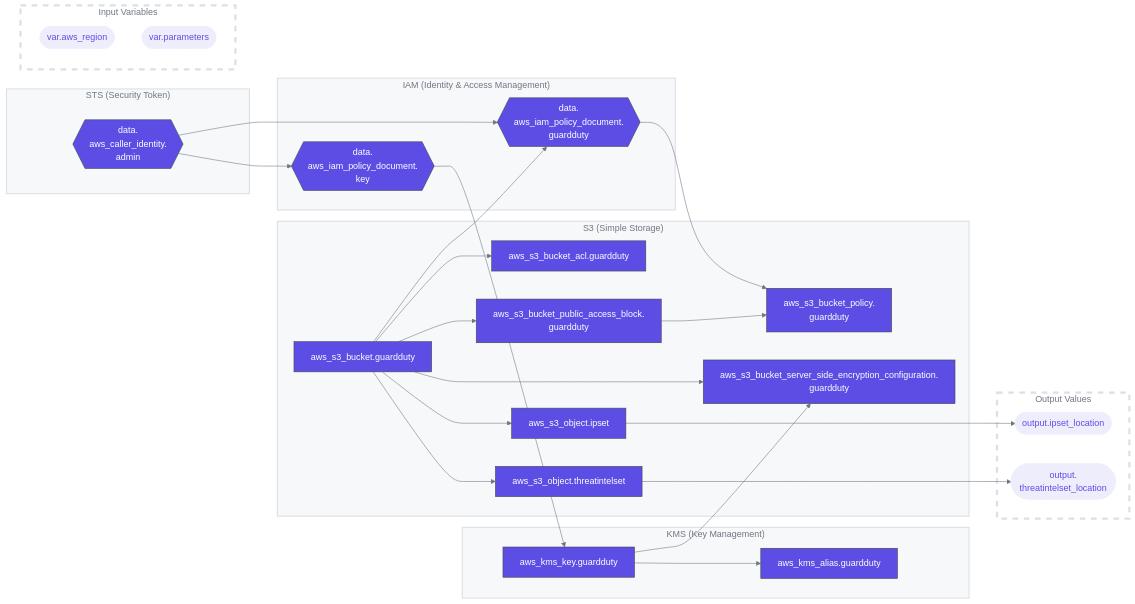
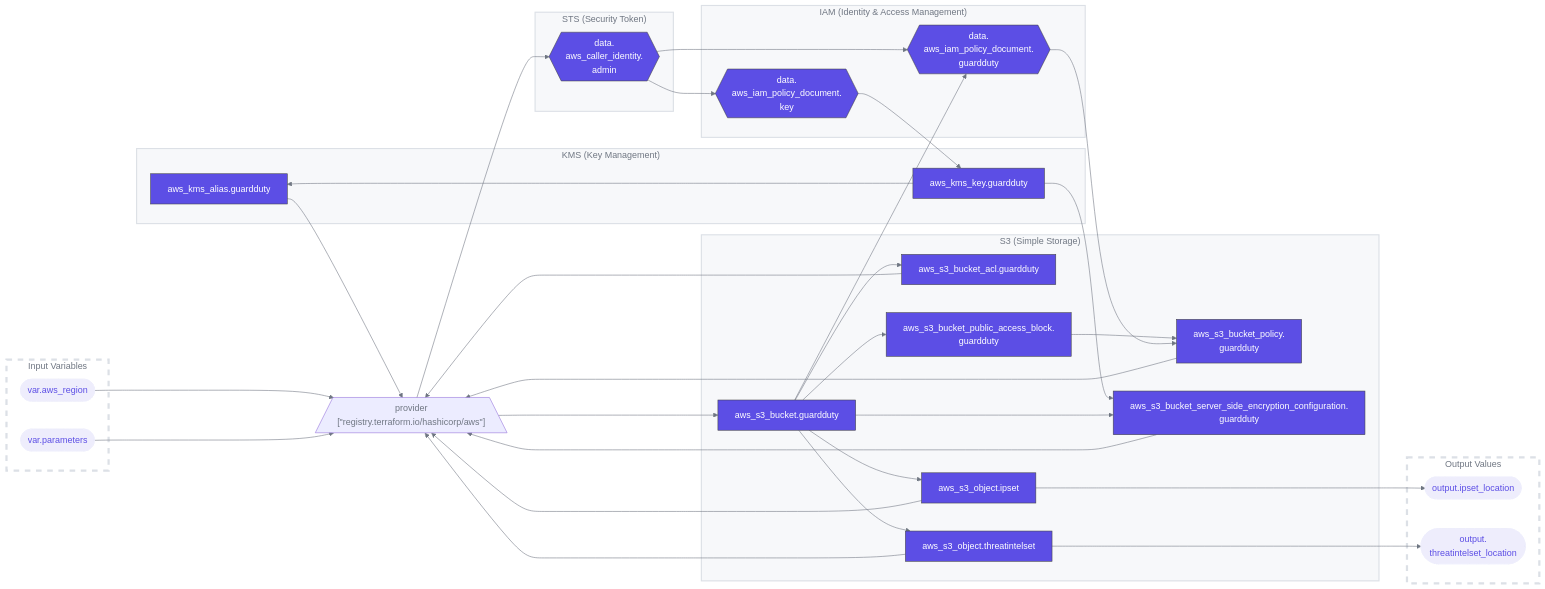
The third of 3 diagrams in README.md (test-org23456/terraform-aws-guardduty-organization1), drawn with Mermaid before and after one commit. The commit also changed other lines of this file, not shown here.

````diff
--- a/README.md
+++ b/README.md
@@ -202,60 +243,71 @@
 ```mermaid
 %%tfmermaid:s3
 %%{init:{"theme":"default","themeVariables":{"lineColor":"#6f7682","textColor":"#6f7682"}}}%%
 flowchart LR
 classDef r fill:#5c4ee5,stroke:#444,color:#fff
 classDef v fill:#eeedfc,stroke:#eeedfc,color:#5c4ee5
 classDef ms fill:none,stroke:#dce0e6,stroke-width:2px
 classDef vs fill:none,stroke:#dce0e6,stroke-width:4px,stroke-dasharray:10
 classDef ps fill:none,stroke:none
 classDef cs fill:#f7f8fa,stroke:#dce0e6,stroke-width:2px
 subgraph "n0"["KMS (Key Management)"]
 n1["aws_kms_alias.guardduty"]:::r
 n2["aws_kms_key.guardduty"]:::r
 end
 class n0 cs
 subgraph "n3"["S3 (Simple Storage)"]
 n4["aws_s3_bucket.guardduty"]:::r
 n5["aws_s3_bucket_acl.guardduty"]:::r
 n6["aws_s3_bucket_policy.<br/>guardduty"]:::r
 n7["aws_s3_bucket_public_access_block.<br/>guardduty"]:::r
 n8["aws_s3_bucket_server_side_encryption_configuration.<br/>guardduty"]:::r
 n9["aws_s3_object.ipset"]:::r
 na["aws_s3_object.threatintelset"]:::r
 end
 class n3 cs
 subgraph "nb"["STS (Security Token)"]
 nc{{"data.<br/>aws_caller_identity.<br/>admin"}}:::r
 end
 class nb cs
 subgraph "nd"["IAM (Identity & Access Management)"]
 ne{{"data.<br/>aws_iam_policy_document.<br/>guardduty"}}:::r
 nf{{"data.<br/>aws_iam_policy_document.<br/>key"}}:::r
 end
 class nd cs
 subgraph "ng"["Output Values"]
 nh(["output.ipset_location"]):::v
 ni(["output.<br/>threatintelset_location"]):::v
 end
 class ng vs
-subgraph "nj"["Input Variables"]
-nk(["var.aws_region"]):::v
-nl(["var.parameters"]):::v
+nj[/"provider<br/>[&quot;registry.terraform.io/hashicorp/aws&quot;]"\]
+subgraph "nk"["Input Variables"]
+nl(["var.aws_region"]):::v
+nm(["var.parameters"]):::v
 end
-class nj vs
+class nk vs
 n2-->n1
 nf-->n2
+nj-->n4
 n4-->n5
 n7-->n6
 ne-->n6
 n4-->n7
 n2-->n8
 n4-->n8
 n4-->n9
 n4-->na
+nj-->nc
 n4-->ne
 nc-->ne
 nc-->nf
 n9--->nh
 na--->ni
+n1-->nj
+n5-->nj
+n6-->nj
+n8-->nj
+n9-->nj
+na-->nj
+nl--->nj
+nm--->nj
 ```
````
